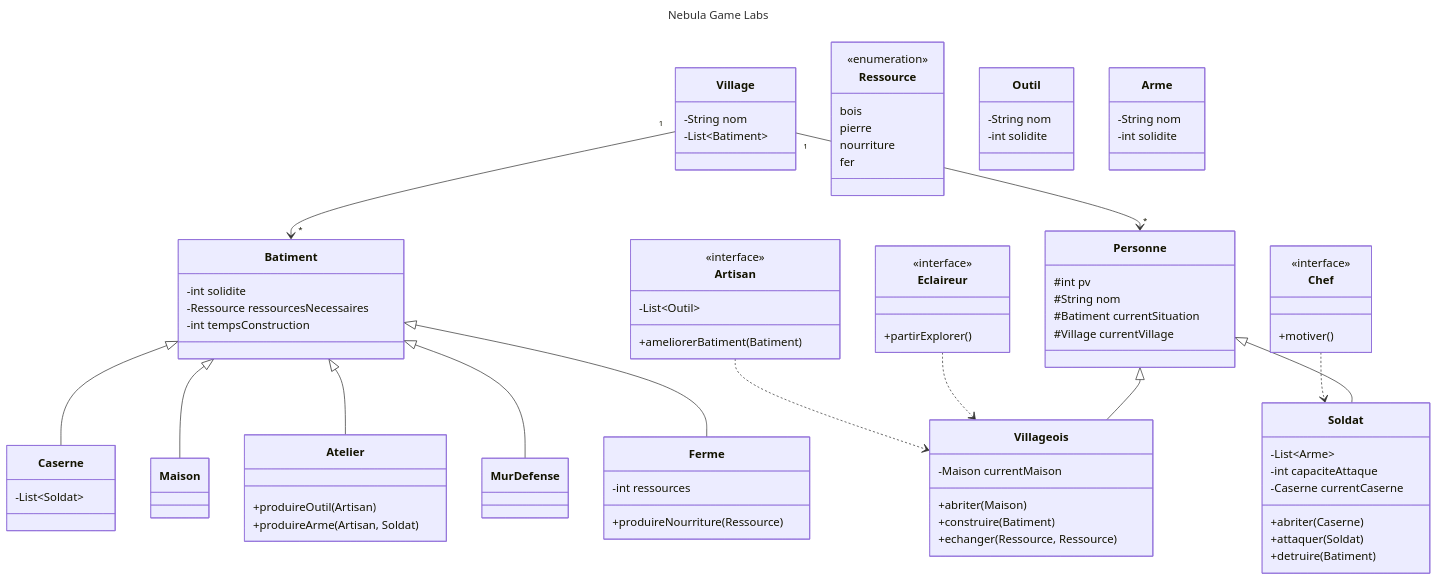
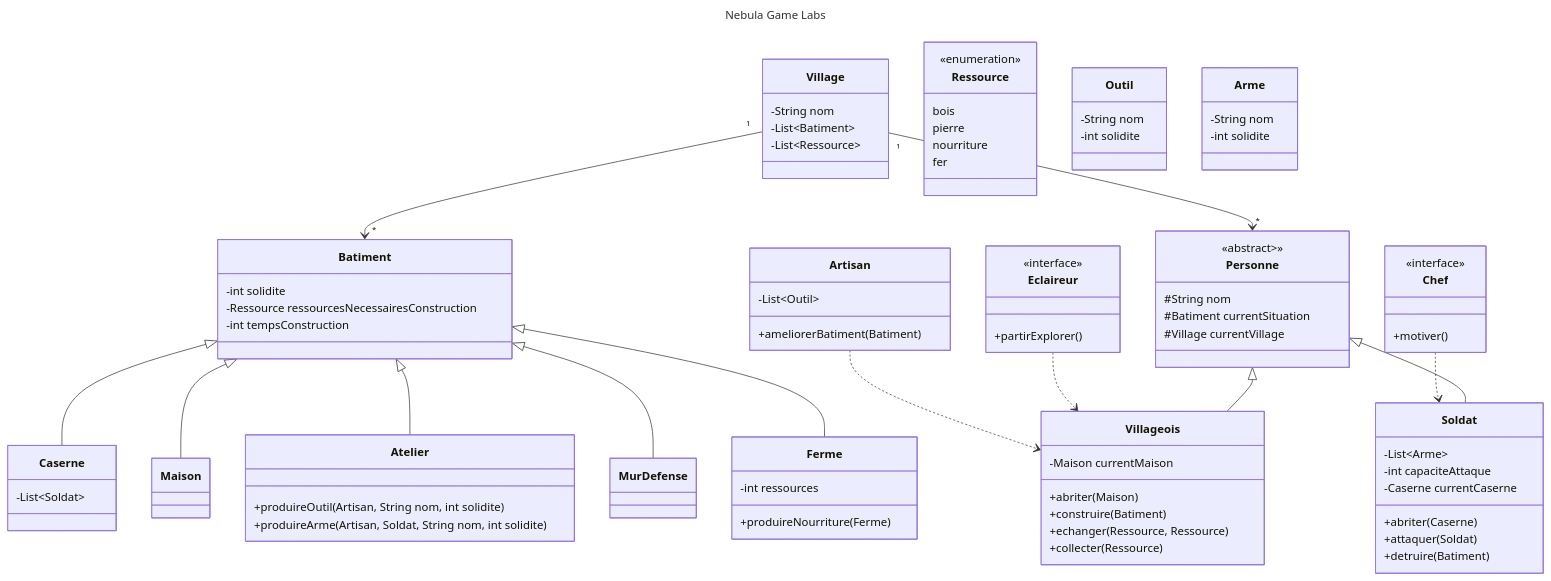
The first of 2 diagrams in src/README.md (CharlotteCharrier/brief08), drawn with Mermaid before and after one commit. The commit also changed 6 other files, not shown here.

```diff
--- a/src/README.md
+++ b/src/README.md
@@ -12,6 +12,7 @@
     class Village {
         -String nom
         -List~Batiment~
+        -List~Ressource~
     }
     Batiment <|-- Caserne
     Batiment <|-- Maison
@@ -21,26 +22,26 @@
     
     class Batiment{
         -int solidite
-        -Ressource ressourcesNecessaires
+        -Ressource ressourcesNecessairesConstruction
         -int tempsConstruction
     }
     class Ferme{
         -int ressources
-        +produireNourriture(Ressource)
+        +produireNourriture(Ferme)
     }
     class Caserne{
         -List~Soldat~
     }
     
     class Atelier {
-        +produireOutil(Artisan)
-        +produireArme(Artisan, Soldat)
+        +produireOutil(Artisan, String nom, int solidite)
+        +produireArme(Artisan, Soldat, String nom, int solidite)
     }
     
     Personne <|-- Villageois
     Personne <|-- Soldat
     class Personne{
-        #int pv
+        <<abstract>>>
         #String nom
         #Batiment currentSituation
         #Village currentVillage
@@ -50,6 +51,7 @@
         +abriter(Maison)
         +construire(Batiment)
         +echanger(Ressource, Ressource)
+        +collecter(Ressource)
     }
     class Soldat{
         -List~Arme~ 
@@ -79,7 +81,6 @@
     }
 
     class Artisan{
-        <<interface>>
         -List~Outil~
         +ameliorerBatiment(Batiment)
     }
```
